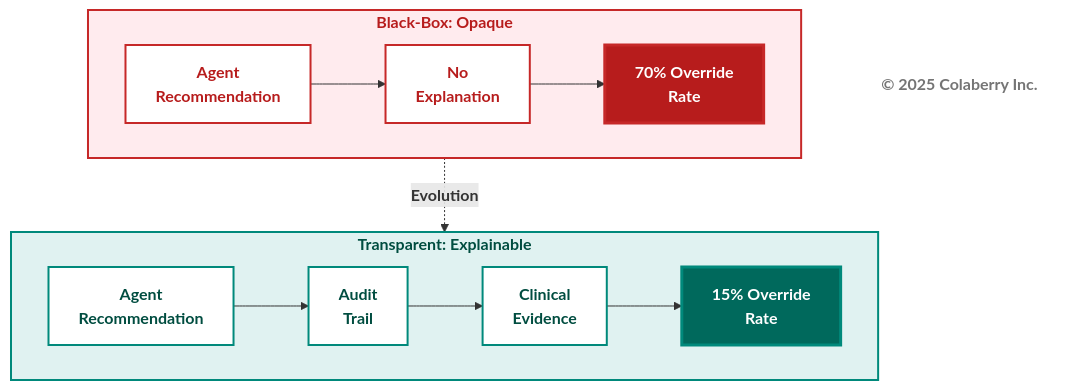
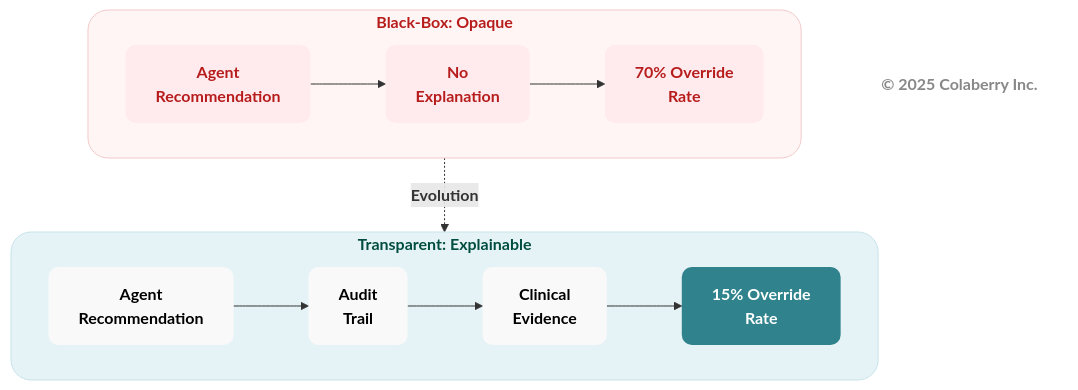
Before and after one commit to saitejesh-cyber/trust-before-intelligence-book: diagram 12 of 12 in manuscript/03_chapter_2_inpact_framework.md, drawn with Mermaid. The commit also changed other lines of this file and 4 other files, not shown here.

Commit message:
Chapter 1to5: Updated mermaid diagrams based on new colaberry color code

````diff
--- a/manuscript/03_chapter_2_inpact_framework.md
+++ b/manuscript/03_chapter_2_inpact_framework.md
@@ -864,33 +912,38 @@
 ```mermaid
 graph TB
     subgraph ERA1["<b>Black-Box: Opaque</b>"]
         direction LR
         A1["<b>Agent<br/>Recommendation</b>"] --> B1["<b>No<br/>Explanation</b>"]
         B1 --> D1["<b>70% Override<br/>Rate</b>"]
         
-        style D1 fill:#b71c1c,color:#ffffff,stroke:#c62828,stroke-width:3px
+        %% 🔴 CRITICAL TRUST FAILURE
+        style D1 fill:#990000,stroke:#b71c1c,stroke-width:1px,color:#ffffff,rx:10,ry:10
     end
     
+    %% 🔵 TRANSITION — ADD TRANSPARENCY
     ERA1 -.->|<b>Evolution</b>| ERA2
     
     subgraph ERA2["<b>Transparent: Explainable</b>"]
         direction LR
         A2["<b>Agent<br/>Recommendation</b>"] --> B2["<b>Audit<br/>Trail</b>"]
         B2 --> C2["<b>Clinical<br/>Evidence</b>"]
         C2 --> D2["<b>15% Override<br/>Rate</b>"]
-        
-        style D2 fill:#00695c,color:#ffffff,stroke:#00897b,stroke-width:3px
     end
-    
-    style ERA1 fill:#ffebee,stroke:#c62828,stroke-width:2px,color:#b71c1c
-    style A1 fill:#ffffff,stroke:#c62828,stroke-width:2px,color:#b71c1c
-    style B1 fill:#ffffff,stroke:#c62828,stroke-width:2px,color:#b71c1c
-    
-    style ERA2 fill:#e0f2f1,stroke:#00897b,stroke-width:2px,color:#004d40
-    style A2 fill:#ffffff,stroke:#00897b,stroke-width:2px,color:#004d40
-    style B2 fill:#ffffff,stroke:#00897b,stroke-width:2px,color:#004d40
-    style C2 fill:#ffffff,stroke:#00897b,stroke-width:2px,color:#004d40
-    
+
+    %% 🔴 FAILURE / TRUST BREAKDOWN
+    style ERA1 fill:#fff5f5,stroke:#f2caca,stroke-width:1px,color:#b71c1c,rx:20,ry:20
+    style A1 fill:#ffebee,stroke:none,color:#b71c1c,rx:10,ry:10
+    style B1 fill:#ffebee,stroke:none,color:#b71c1c,rx:10,ry:10
+    style D1 fill:#ffebee,stroke:none,color:#b71c1c,rx:10,ry:10
+
+    %% 🟢 TRUSTED / TRANSPARENT OUTCOME
+    style ERA2 fill:#e6f3f6,stroke:#c7e3ea,stroke-width:1px,color:#004d40,rx:20,ry:20
+    style A2 fill:#f9f9f9,stroke:none,color:#000000,rx:10,ry:10
+    style B2 fill:#f9f9f9,stroke:none,color:#000000,rx:10,ry:10
+    style C2 fill:#f9f9f9,stroke:none,color:#000000,rx:10,ry:10
+    style D2 fill:#30838C,stroke:none,color:#ffffff,rx:10,ry:10
+
+    %% FOOTER
     Copyright["<b>© 2025 Colaberry Inc.</b>"]
-    style Copyright fill:#ffffff,stroke:none,color:#757575
+    style Copyright fill:none,stroke:none,color:#888888
 ```
````
